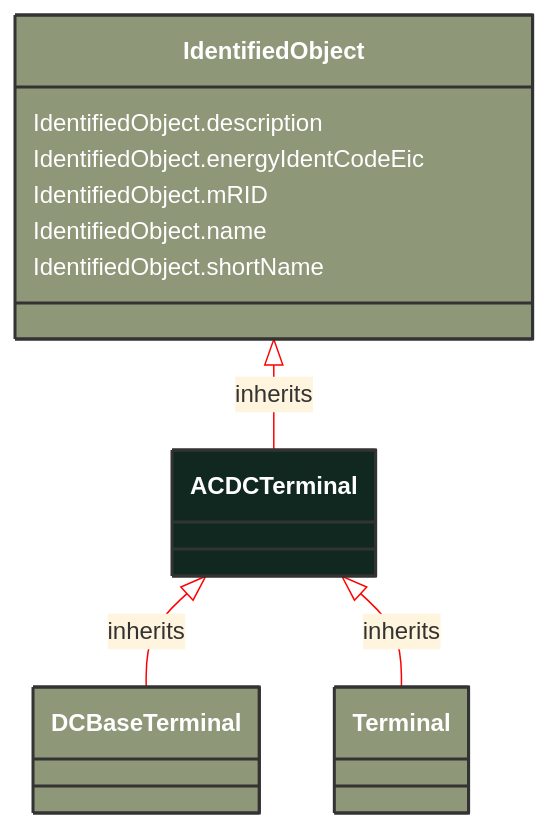
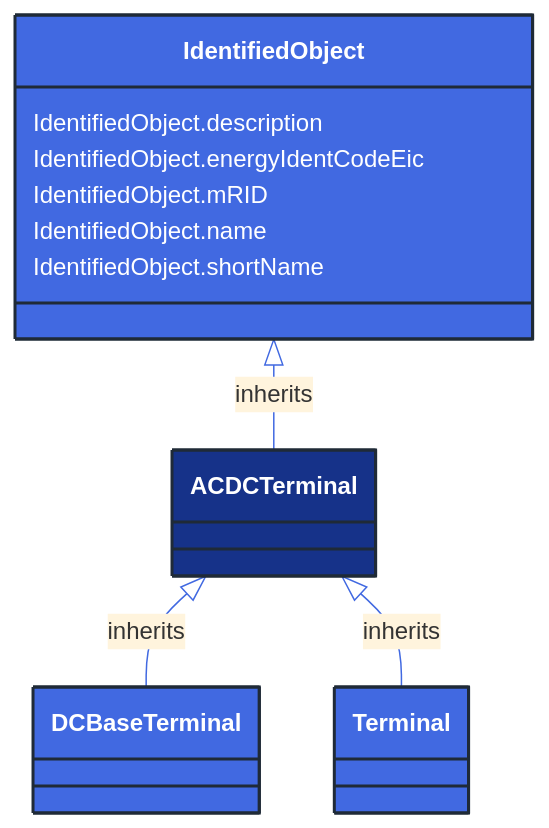
The diagram in docs/Models/Profiles/Topology/AbstractClasses/ACDCTerminal.md (3lbits/NoCIMExtensions), drawn with Mermaid before and after one commit. The commit also changed 362 other files, not shown here.

First line of the commit message:
Update diagrams and styles for improved visual consistency

````diff
--- a/docs/Models/Profiles/Topology/AbstractClasses/ACDCTerminal.md
+++ b/docs/Models/Profiles/Topology/AbstractClasses/ACDCTerminal.md
@@ -10,31 +10,31 @@
 ```mermaid
-%%{init: {'theme':'base','themeVariables': {'lineColor': '#FF0000'}}}%%
+%%{init: {'theme':'base','themeVariables': {'lineColor': '#4169E1'}}}%%
 classDiagram
     class ACDCTerminal
     click ACDCTerminal href "/Models/Profiles/Topology/AbstractClasses/ACDCTerminal/"
-    style ACDCTerminal fill:#102820,stroke:#333,stroke-width:2px,rx:10,ry:10,color:white
+    style ACDCTerminal fill:#163289,stroke:#1F2A37,stroke-width:2px,rx:10,ry:10,color:white
 
         ACDCTerminal <|-- DCBaseTerminal : inherits
 
         DCBaseTerminal
             click DCBaseTerminal href "/Models/Profiles/Topology/AbstractClasses/DCBaseTerminal/"
-            style DCBaseTerminal fill:#8F9779,stroke:#333,stroke-width:2px,rx:10,ry:10,color:white
+            style DCBaseTerminal fill:#4169E1,stroke:#1F2A37,stroke-width:2px,rx:10,ry:10,color:white
 
         ACDCTerminal <|-- Terminal : inherits
 
         Terminal
             click Terminal href "/Models/Profiles/Topology/ConcreteClasses/Terminal/"
-            style Terminal fill:#8F9779,stroke:#333,stroke-width:2px,rx:10,ry:10,color:white
+            style Terminal fill:#4169E1,stroke:#1F2A37,stroke-width:2px,rx:10,ry:10,color:white
      
         IdentifiedObject <|-- ACDCTerminal : inherits
             click IdentifiedObject href "/Models/Profiles/Topology/AbstractClasses/IdentifiedObject/"
-            style IdentifiedObject fill:#8F9779,stroke:#333,stroke-width:2px,rx:10,ry:10,color:white
+            style IdentifiedObject fill:#4169E1,stroke:#1F2A37,stroke-width:2px,rx:10,ry:10,color:white
 
 
 
         IdentifiedObject : IdentifiedObject.description
         IdentifiedObject : IdentifiedObject.energyIdentCodeEic
         IdentifiedObject : IdentifiedObject.mRID
         IdentifiedObject : IdentifiedObject.name
         IdentifiedObject : IdentifiedObject.shortName
 ```
````
